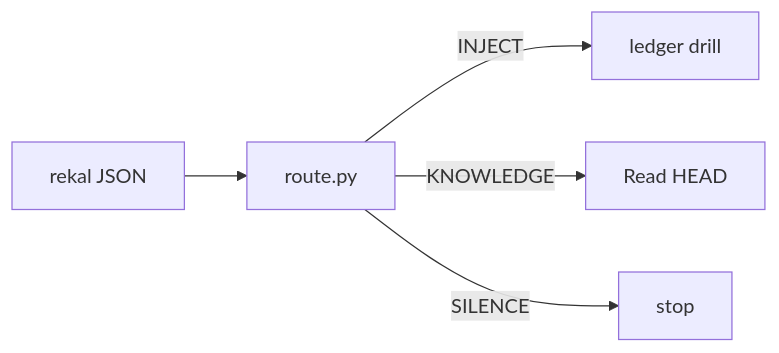
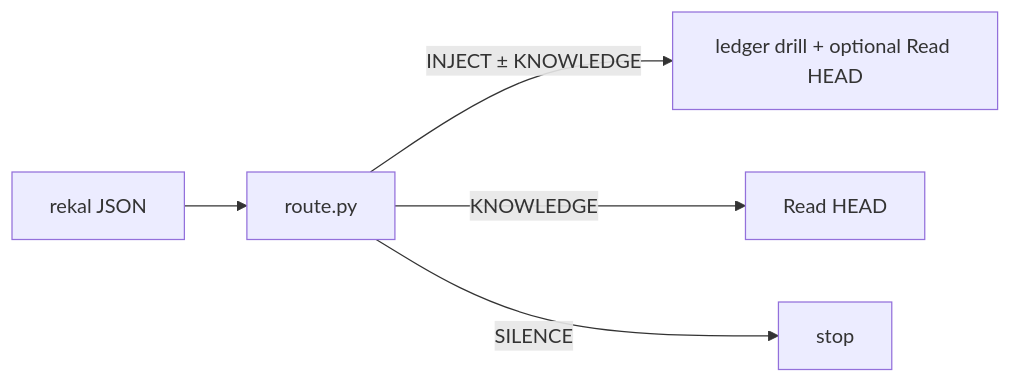
One commit to rekal-dev/rekal-cli changed the diagram in cmd/rekal/cli/skill/skills/rekal/references/reference.md. Above: the diagram before and after it, drawn with Mermaid. The commit also changed other lines of this file and 8 other files, not shown here.

First line of the commit message:
skill(route): inclusive knowledge + emit confidence on INJECT

````diff
--- a/cmd/rekal/cli/skill/skills/rekal/references/reference.md
+++ b/cmd/rekal/cli/skill/skills/rekal/references/reference.md
@@ -61,7 +61,7 @@
 ```mermaid
 flowchart LR
   j["rekal JSON"] --> rr["route.py"]
-  rr -->|INJECT| i["ledger drill"]
+  rr -->|INJECT ± KNOWLEDGE| i["ledger drill + optional Read HEAD"]
   rr -->|KNOWLEDGE| k["Read HEAD"]
   rr -->|SILENCE| s["stop"]
 ```
````
